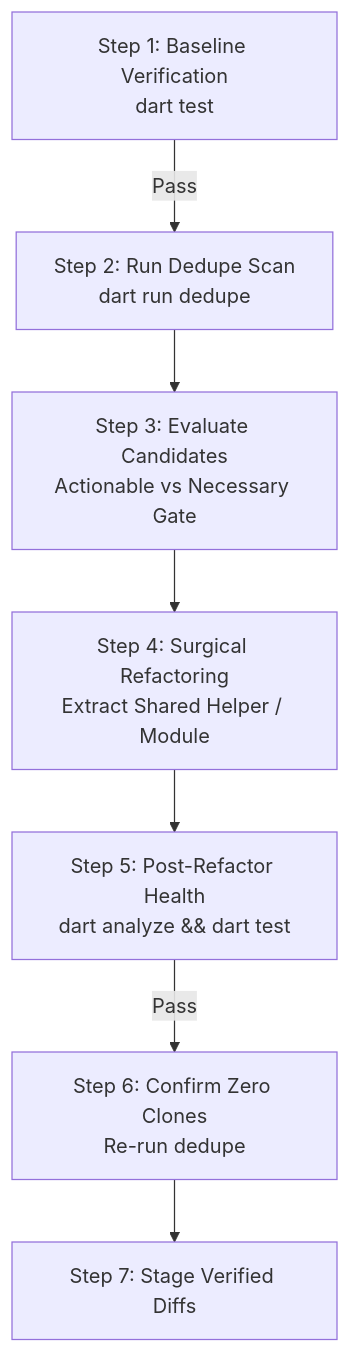
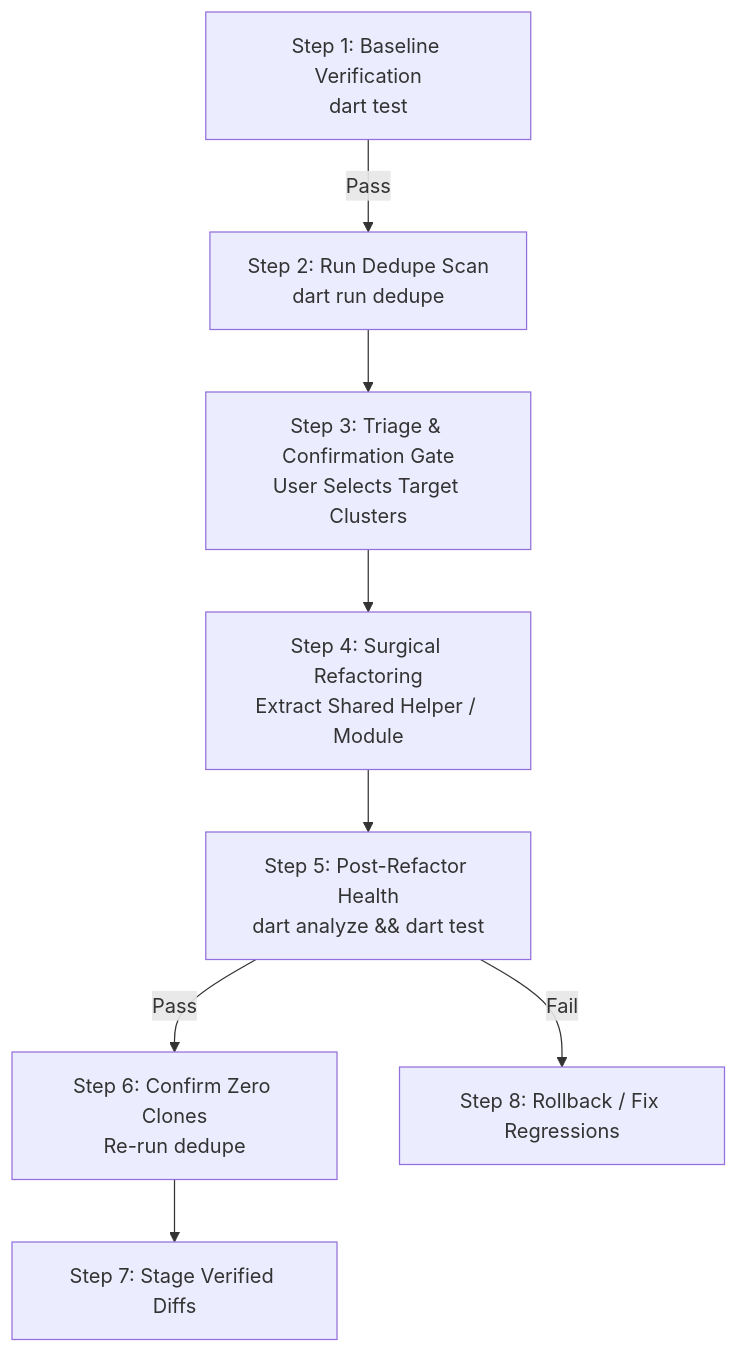
One commit to kevmoo/analytica.dart changed the diagram in skills/dart-dedupe/SKILL.md. Above: the diagram before and after it, drawn with Mermaid. The commit also changed other lines of this file, not shown here.

First line of the commit message:
docs(skills): harmonize dart-dedupe skill flow with cogcomp and undead (#54)

````diff
--- a/skills/dart-dedupe/SKILL.md
+++ b/skills/dart-dedupe/SKILL.md
@@ -150,9 +186,10 @@
 ```mermaid
 graph TD
     A[Step 1: Baseline Verification<br>dart test] -->|Pass| B[Step 2: Run Dedupe Scan<br>dart run dedupe]
-    B --> C[Step 3: Evaluate Candidates<br>Actionable vs Necessary Gate]
+    B --> C[Step 3: Triage & Confirmation Gate<br>User Selects Target Clusters]
     C --> D[Step 4: Surgical Refactoring<br>Extract Shared Helper / Module]
     D --> E[Step 5: Post-Refactor Health<br>dart analyze && dart test]
     E -->|Pass| F[Step 6: Confirm Zero Clones<br>Re-run dedupe]
     F --> G[Step 7: Stage Verified Diffs]
+    E -->|Fail| H[Step 8: Rollback / Fix Regressions]
 ```
````
